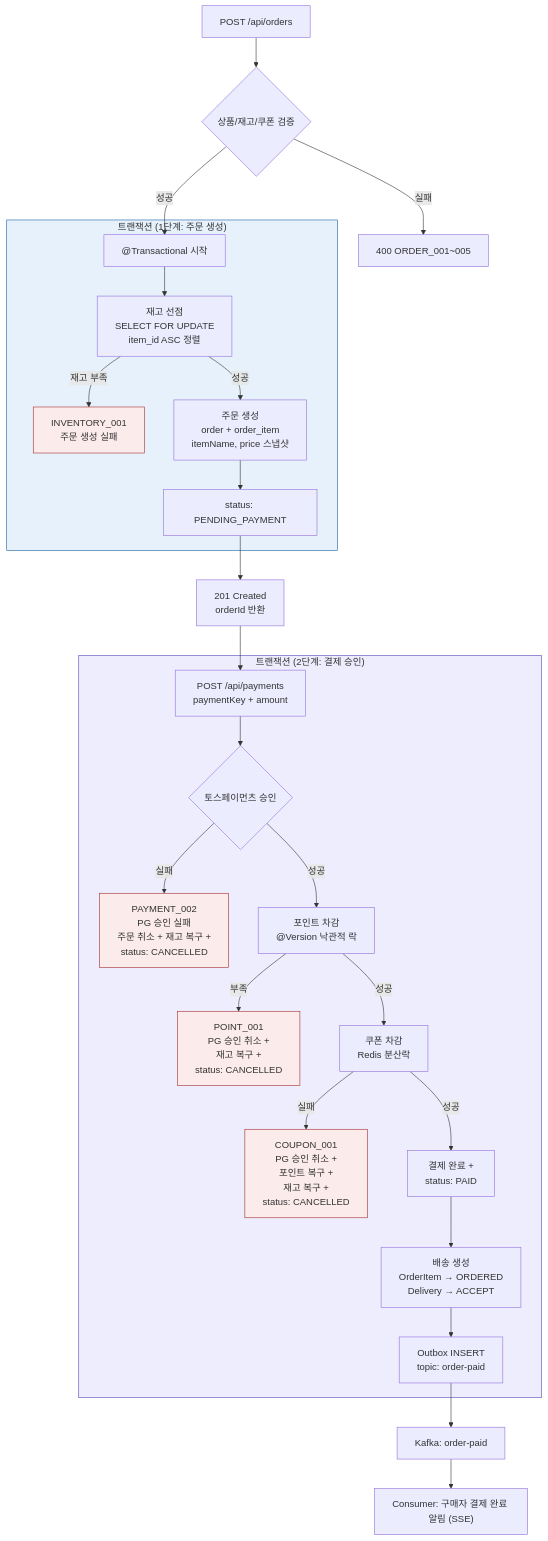
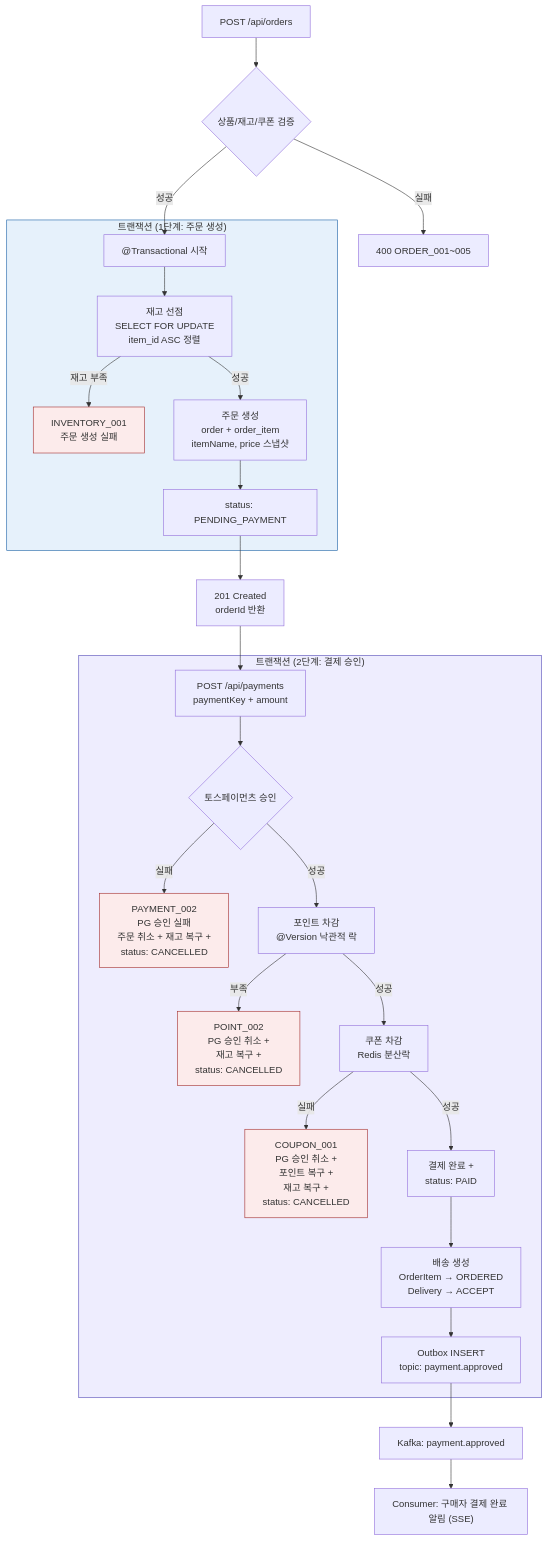
Before and after one commit to one-stop-project/one-stop-project-docs: the second of 21 diagrams in documents/business-flow/BusinessFlow.md, drawn with Mermaid. The commit also changed other lines of this file and 6 other files, not shown here.

Commit message:
공통 문서(엔티티 관계도·에러코드·플로우·시퀀스) 코드 정합화 및 에러코드 레퍼런스 신설

````diff
--- a/documents/business-flow/BusinessFlow.md
+++ b/documents/business-flow/BusinessFlow.md
@@ -124,41 +124,41 @@
 ```Mermaid
 flowchart TD
     A[POST /api/orders] --> B{상품/재고/쿠폰 검증}
     B -->|실패| B1[400 ORDER_001~005]
 
     B -->|성공| C["@Transactional 시작"]
 
     subgraph TX ["트랜잭션 (1단계: 주문 생성)"]
         C --> D["재고 선점<br/>SELECT FOR UPDATE<br/>item_id ASC 정렬"]
         D -->|재고 부족| D1["INVENTORY_001<br/>주문 생성 실패"]
         D -->|성공| E["주문 생성<br/>order + order_item<br/>itemName, price 스냅샷"]
         E --> F["status: PENDING_PAYMENT"]
     end
 
     F --> G["201 Created<br/>orderId 반환"]
 
     G --> H["POST /api/payments<br/>paymentKey + amount"]
 
     subgraph TX2 ["트랜잭션 (2단계: 결제 승인)"]
         H --> I{"토스페이먼츠 승인"}
         I -->|실패| I1["PAYMENT_002<br/>PG 승인 실패<br/>주문 취소 + 재고 복구 +<br/>status: CANCELLED"]
         I -->|성공| J["포인트 차감<br/>@Version 낙관적 락"]
-        J -->|부족| J1["POINT_001<br/>PG 승인 취소 +<br/>재고 복구 +<br/>status: CANCELLED"]
+        J -->|부족| J1["POINT_002<br/>PG 승인 취소 +<br/>재고 복구 +<br/>status: CANCELLED"]
         J -->|성공| K["쿠폰 차감<br/>Redis 분산락"]
         K -->|실패| K1["COUPON_001<br/>PG 승인 취소 +<br/>포인트 복구 +<br/>재고 복구 +<br/>status: CANCELLED"]
         K -->|성공| L["결제 완료 +<br/>status: PAID"]
         L --> L2["배송 생성<br/>OrderItem → ORDERED<br/>Delivery → ACCEPT"]
-        L2 --> M["Outbox INSERT<br/>topic: order-paid"]
+        L2 --> M["Outbox INSERT<br/>topic: payment.approved"]
     end
 
-    M --> N["Kafka: order-paid"]
+    M --> N["Kafka: payment.approved"]
     N --> P["Consumer: 구매자 결제 완료 알림 (SSE)"]
 
     style TX fill:#E6F1FB,stroke:#185FA5
     style TX2 fill:#EEEDFE,stroke:#534AB7
     style D1 fill:#FCEBEB,stroke:#A32D2D
     style I1 fill:#FCEBEB,stroke:#A32D2D
     style J1 fill:#FCEBEB,stroke:#A32D2D
     style K1 fill:#FCEBEB,stroke:#A32D2D
 
 ```
````
